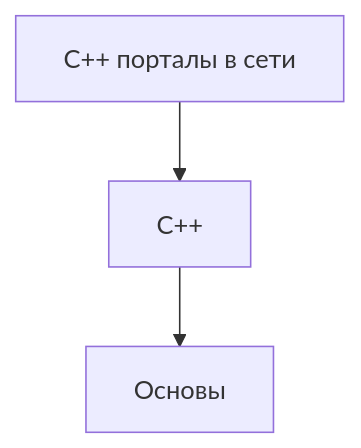
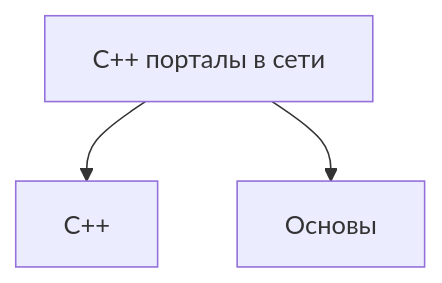
One commit to Dvurechensky/Dvurechensky changed the sixth of 7 diagrams in README.md. Above: the diagram before and after it, drawn with Mermaid. The commit also changed other lines of this file and 3 other files, not shown here.

````diff
--- a/README.md
+++ b/README.md
@@ -224,6 +224,6 @@
 ```mermaid
 graph TD
   C[C++ порталы в сети]
   C --> W[C++]
-  W --> W1[Основы]
+  C --> W1[Основы]
 ```
````
